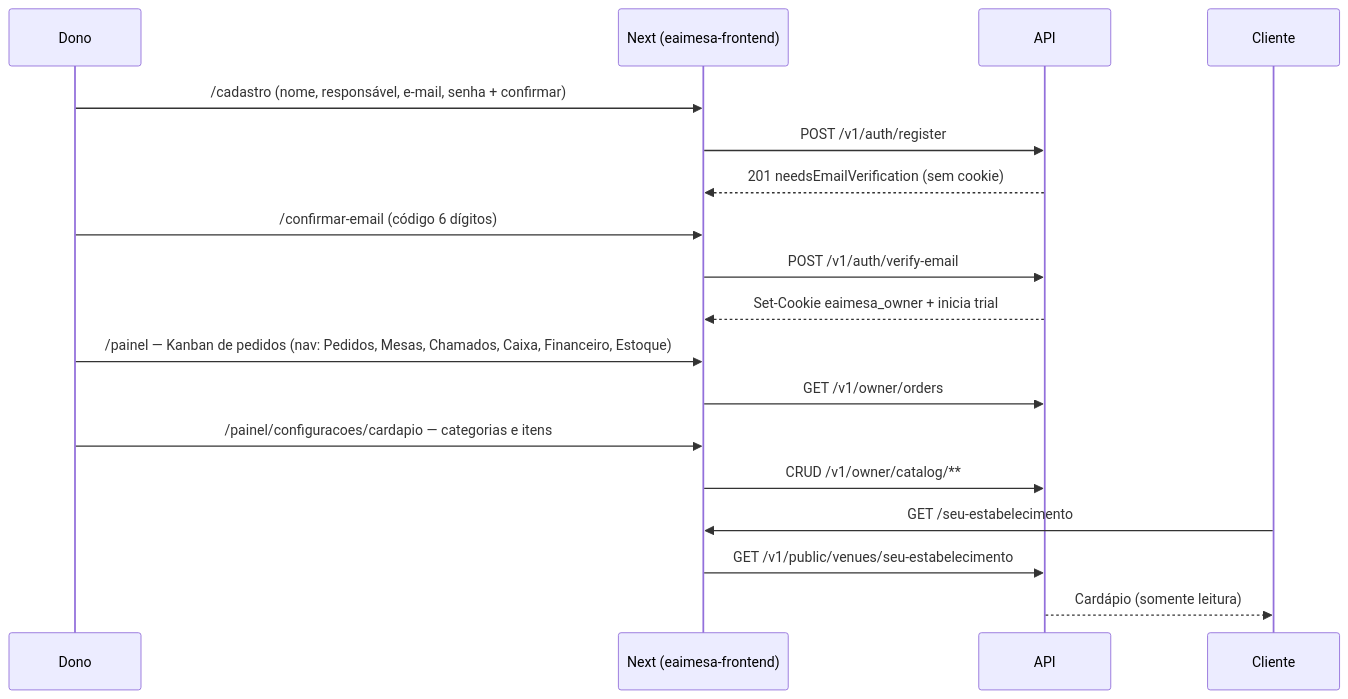
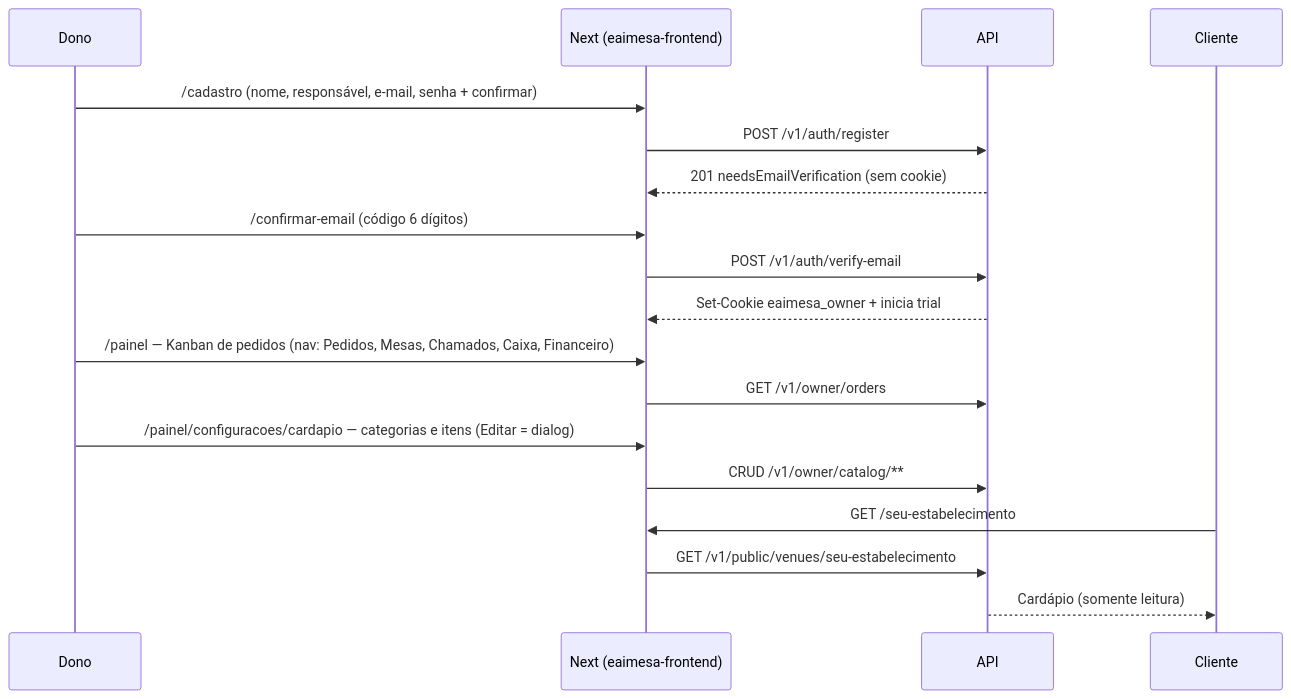
Before and after one commit to filiperamosds/eaimesa-frontend: the first of 7 diagrams in docs/product/fluxos.md, drawn with Mermaid. The commit also changed other lines of this file and 15 other files, not shown here.

First line of the commit message:
Cardápio: editar item num dialog; estoque nas configurações (#75)

````diff
--- a/docs/product/fluxos.md
+++ b/docs/product/fluxos.md
@@ -7,21 +7,21 @@
 ```mermaid
 sequenceDiagram
   participant D as Dono
   participant W as Next (eaimesa-frontend)
   participant API as API
   participant C as Cliente
 
   D->>W: /cadastro (nome, responsável, e-mail, senha + confirmar)
   W->>API: POST /v1/auth/register
   API-->>W: 201 needsEmailVerification (sem cookie)
   D->>W: /confirmar-email (código 6 dígitos)
   W->>API: POST /v1/auth/verify-email
   API-->>W: Set-Cookie eaimesa_owner + inicia trial
-  D->>W: /painel — Kanban de pedidos (nav: Pedidos, Mesas, Chamados, Caixa, Financeiro, Estoque)
+  D->>W: /painel — Kanban de pedidos (nav: Pedidos, Mesas, Chamados, Caixa, Financeiro)
   W->>API: GET /v1/owner/orders
-  D->>W: /painel/configuracoes/cardapio — categorias e itens
+  D->>W: /painel/configuracoes/cardapio — categorias e itens (Editar = dialog)
   W->>API: CRUD /v1/owner/catalog/**
   C->>W: GET /seu-estabelecimento
   W->>API: GET /v1/public/venues/seu-estabelecimento
   API-->>C: Cardápio (somente leitura)
 ```
````
